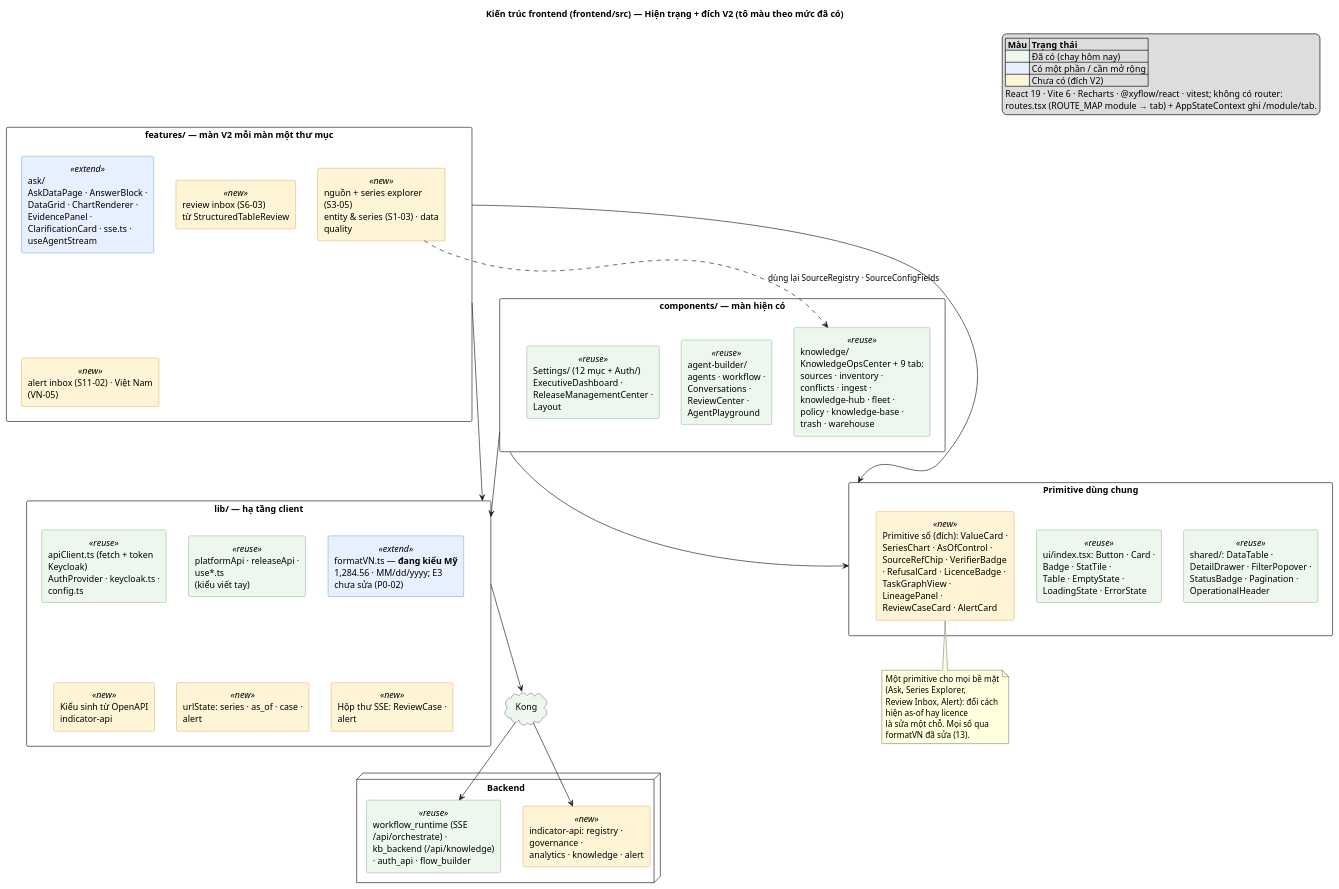
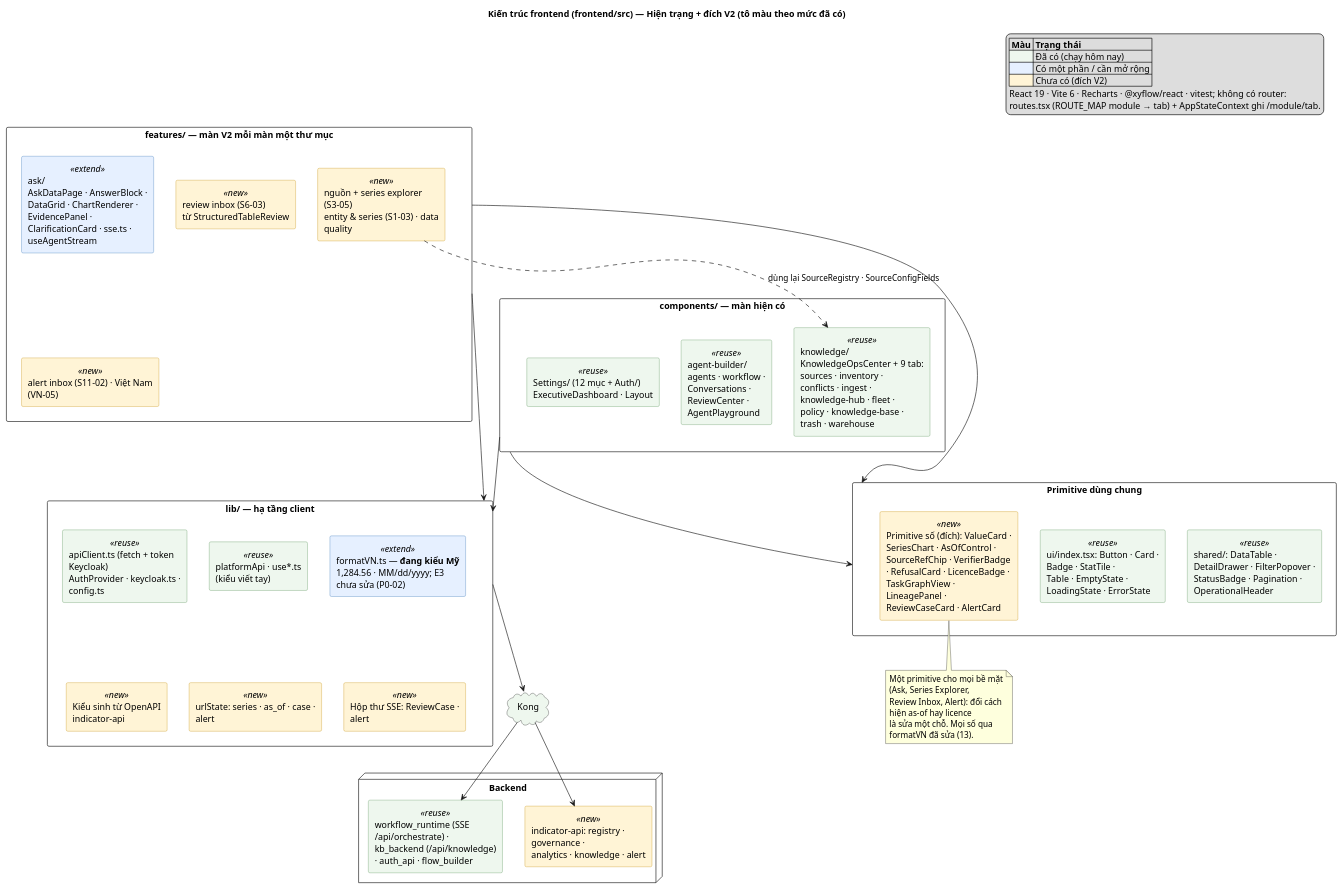
The diagram in docs/v2/diagrams/23-frontend-arch.puml (affkjuhyt/Data-Agent), drawn with PlantUML before and after one commit. The commit also changed 31 other files, not shown here.

First line of the commit message:
docs(v2): redraw diagrams without release-worker, compose and observation.py

```diff
--- a/docs/v2/diagrams/23-frontend-arch.puml
+++ b/docs/v2/diagrams/23-frontend-arch.puml
@@ -1,78 +1,78 @@
 @startuml 23-frontend-arch
 title Kiến trúc frontend (frontend/src) — Hiện trạng + đích V2 (tô màu theo mức đã có)
 skinparam shadowing false
 skinparam defaultFontName "Arial"
 skinparam componentStyle rectangle
 skinparam packageStyle rectangle
 skinparam wrapWidth 200
 skinparam component<<reuse>> {
   BackgroundColor #EEF7EE
   BorderColor #4E8A4E
 }
 skinparam component<<extend>> {
   BackgroundColor #E6F0FF
   BorderColor #2F6FB3
 }
 skinparam component<<new>> {
   BackgroundColor #FFF4D6
   BorderColor #C08A00
 }
 legend top right
   |= Màu |= Trạng thái |
   |<#EEF7EE> | Đã có (chạy hôm nay) |
   |<#E6F0FF> | Có một phần / cần mở rộng |
   |<#FFF4D6> | Chưa có (đích V2) |
   React 19 · Vite 6 · Recharts · @xyflow/react · vitest; không có router:
   routes.tsx (ROUTE_MAP module → tab) + AppStateContext ghi /module/tab.
 endlegend
 
 package "features/ — màn V2 mỗi màn một thư mục" as FEAT {
   component "ask/\nAskDataPage · AnswerBlock · DataGrid · ChartRenderer ·\nEvidencePanel · ClarificationCard · sse.ts · useAgentStream" as FA <<extend>>
   component "nguồn + series explorer (S3-05)\nentity & series (S1-03) · data quality" as FS <<new>>
   component "review inbox (S6-03)\ntừ StructuredTableReview" as FR <<new>>
   component "alert inbox (S11-02) · Việt Nam (VN-05)" as FL <<new>>
 }
 
 package "components/ — màn hiện có" as COMP {
   component "knowledge/\nKnowledgeOpsCenter + 9 tab: sources · inventory ·\nconflicts · ingest · knowledge-hub · fleet ·\npolicy · knowledge-base · trash · warehouse" as CK <<reuse>>
   component "agent-builder/\nagents · workflow · Conversations ·\nReviewCenter · AgentPlayground" as CB <<reuse>>
-  component "Settings/ (12 mục + Auth/)\nExecutiveDashboard · ReleaseManagementCenter · Layout" as CS <<reuse>>
+  component "Settings/ (12 mục + Auth/)\nExecutiveDashboard · Layout" as CS <<reuse>>
 }
 
 package "Primitive dùng chung" as PRIM {
   component "shared/: DataTable · DetailDrawer · FilterPopover ·\nStatusBadge · Pagination · OperationalHeader" as P1 <<reuse>>
   component "ui/index.tsx: Button · Card · Badge · StatTile ·\nTable · EmptyState · LoadingState · ErrorState" as P2 <<reuse>>
   component "Primitive số (đích): ValueCard · SeriesChart · AsOfControl ·\nSourceRefChip · VerifierBadge · RefusalCard · LicenceBadge ·\nTaskGraphView · LineagePanel · ReviewCaseCard · AlertCard" as P3 <<new>>
 }
 
 package "lib/ — hạ tầng client" as LIB {
   component "apiClient.ts (fetch + token Keycloak)\nAuthProvider · keycloak.ts · config.ts" as L1 <<reuse>>
-  component "platformApi · releaseApi · use*.ts\n(kiểu viết tay)" as L2 <<reuse>>
+  component "platformApi · use*.ts\n(kiểu viết tay)" as L2 <<reuse>>
   component "formatVN.ts — **đang kiểu Mỹ**\n1,284.56 · MM/dd/yyyy; E3 chưa sửa (P0-02)" as L3 <<extend>>
   component "Kiểu sinh từ OpenAPI indicator-api" as L4 <<new>>
   component "urlState: series · as_of · case · alert" as L5 <<new>>
   component "Hộp thư SSE: ReviewCase · alert" as L6 <<new>>
 }
 
 cloud "Kong" as K #EEF7EE
 
 node "Backend" as API {
   component "workflow_runtime (SSE /api/orchestrate) ·\nkb_backend (/api/knowledge) · auth_api · flow_builder" as A1 <<reuse>>
   component "indicator-api: registry · governance ·\nanalytics · knowledge · alert" as A2 <<new>>
 }
 
 FEAT --> PRIM
 COMP --> PRIM
 FS ..> CK : dùng lại SourceRegistry · SourceConfigFields
 FEAT --> LIB
 COMP --> LIB
 LIB --> K
 K --> A1
 K --> A2
 
 note bottom of P3
   Một primitive cho mọi bề mặt (Ask, Series Explorer,
   Review Inbox, Alert): đổi cách hiện as-of hay licence
   là sửa một chỗ. Mọi số qua formatVN đã sửa (13).
 end note
 @enduml
```
